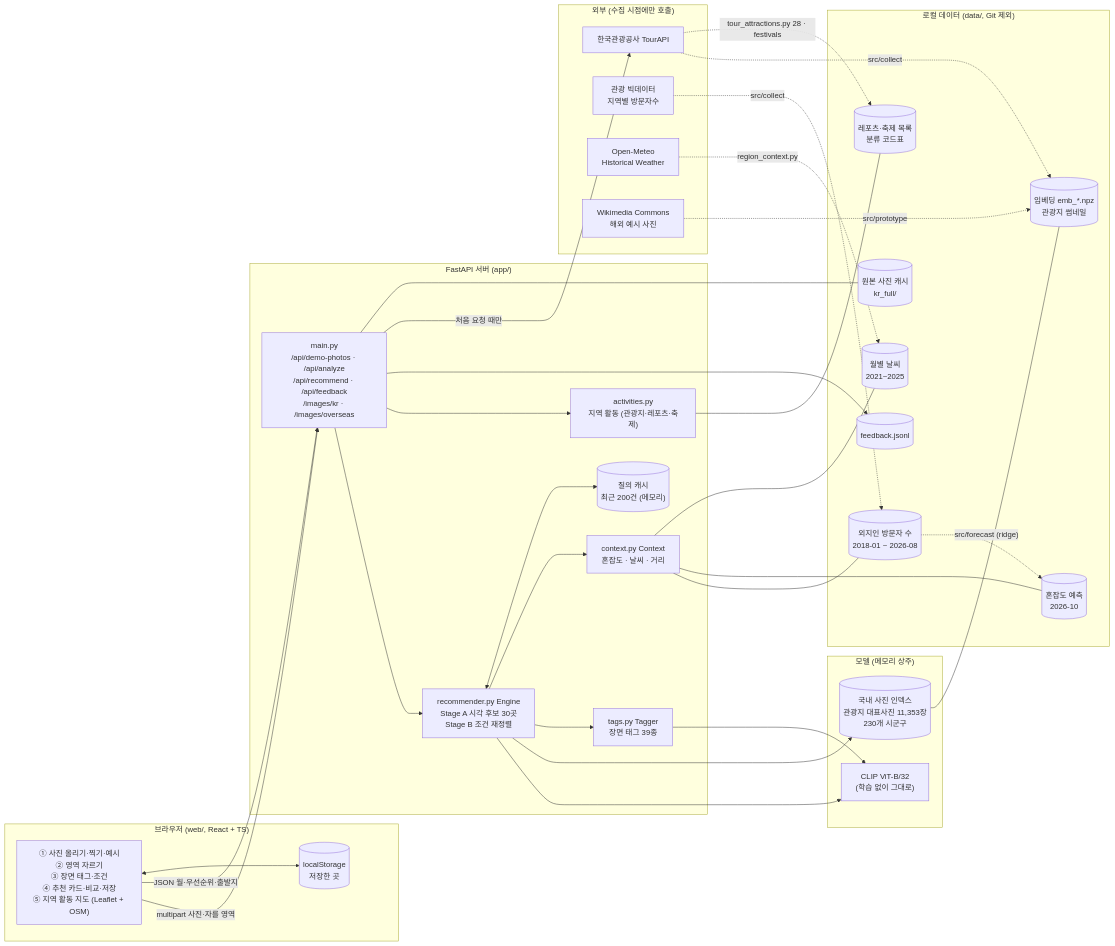
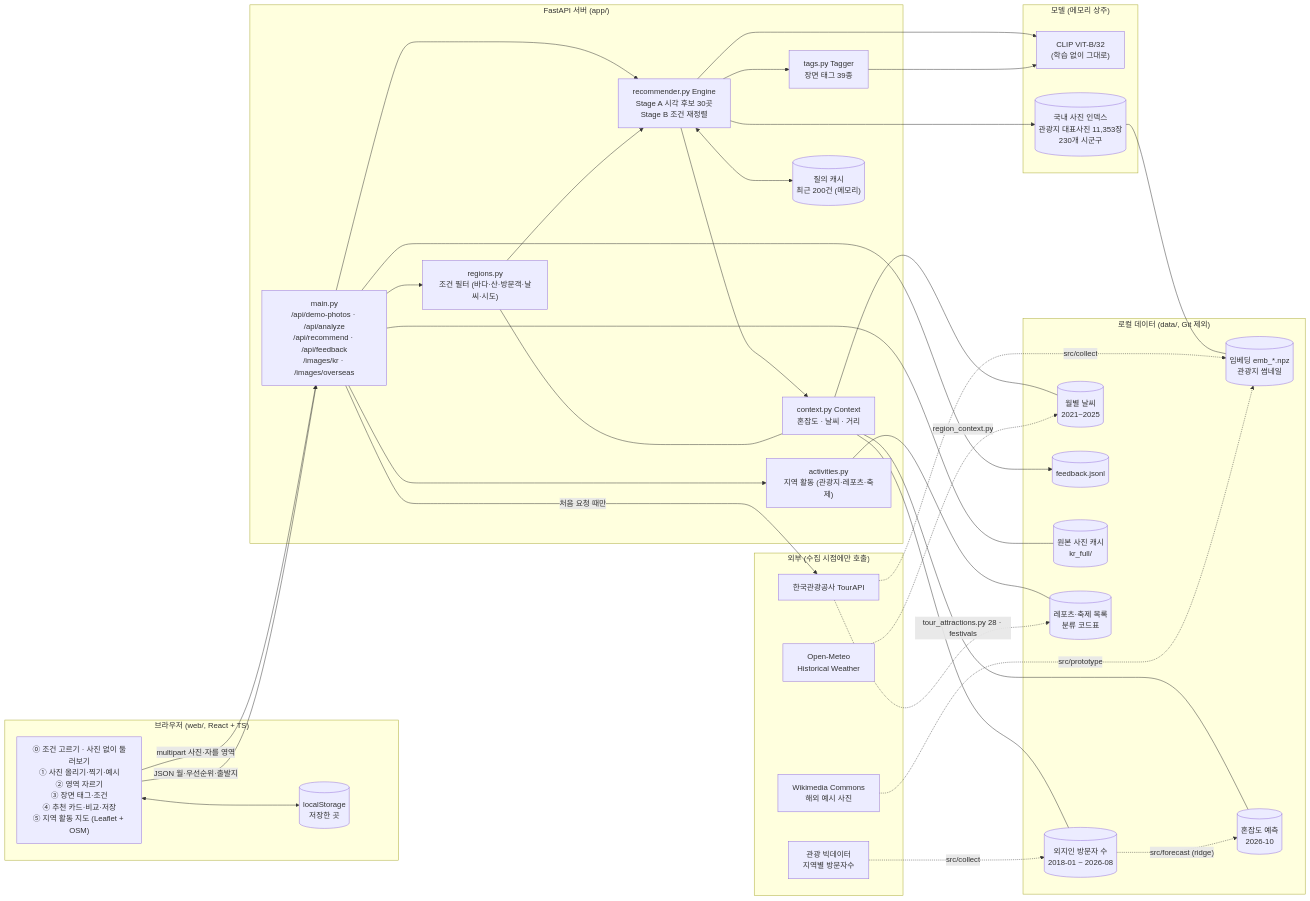
Before and after one commit to pihet/abroad-to-korea: the first of 2 diagrams in docs/ARCHITECTURE.md, drawn with Mermaid. The commit also changed other lines of this file and 14 other files, not shown here.

````diff
--- a/docs/ARCHITECTURE.md
+++ b/docs/ARCHITECTURE.md
@@ -8,65 +8,69 @@
 ```mermaid
 flowchart LR
   subgraph Browser["브라우저 (web/, React + TS)"]
-    UI["① 사진 올리기·찍기·예시\n② 영역 자르기\n③ 장면 태그·조건\n④ 추천 카드·비교·저장\n⑤ 지역 활동 지도 (Leaflet + OSM)"]
+    UI["⓪ 조건 고르기 · 사진 없이 둘러보기\n① 사진 올리기·찍기·예시\n② 영역 자르기\n③ 장면 태그·조건\n④ 추천 카드·비교·저장\n⑤ 지역 활동 지도 (Leaflet + OSM)"]
     LS[("localStorage\n저장한 곳")]
   end
 
   subgraph Server["FastAPI 서버 (app/)"]
     API["main.py\n/api/demo-photos · /api/analyze\n/api/recommend · /api/feedback\n/images/kr · /images/overseas"]
     ENG["recommender.py Engine\nStage A 시각 후보 30곳\nStage B 조건 재정렬"]
     TAG["tags.py Tagger\n장면 태그 39종"]
     CTX["context.py Context\n혼잡도 · 날씨 · 거리"]
     ACT["activities.py\n지역 활동 (관광지·레포츠·축제)"]
+    REG["regions.py\n조건 필터 (바다·산·방문객·날씨·시도)"]
     CACHE[("질의 캐시\n최근 200건 (메모리)")]
   end
 
   subgraph Model["모델 (메모리 상주)"]
     CLIP["CLIP ViT-B/32\n(학습 없이 그대로)"]
     IDX[("국내 사진 인덱스\n관광지 대표사진 11,353장\n230개 시군구")]
   end
 
   subgraph Files["로컬 데이터 (data/, Git 제외)"]
     EMB[("임베딩 emb_*.npz\n관광지 썸네일")]
     VIS[("외지인 방문자 수\n2018-01 ~ 2026-08")]
     FC[("혼잡도 예측\n2026-10")]
     WX[("월별 날씨\n2021~2025")]
     FB[("feedback.jsonl")]
     IMGC[("원본 사진 캐시\nkr_full/")]
     TL[("레포츠·축제 목록\n분류 코드표")]
   end
 
   subgraph External["외부 (수집 시점에만 호출)"]
     TOUR["한국관광공사 TourAPI"]
     DL["관광 빅데이터\n지역별 방문자수"]
     OM["Open-Meteo\nHistorical Weather"]
     WC["Wikimedia Commons\n해외 예시 사진"]
   end
 
   UI -- "multipart 사진·자를 영역" --> API
   UI -- "JSON 월·우선순위·출발지" --> API
   UI <--> LS
   API --> ENG
   ENG --> CLIP
   ENG --> IDX
   ENG --> TAG
   ENG --> CTX
   ENG <--> CACHE
   API --> ACT
+  API --> REG
+  REG --> ENG
+  REG --- CTX
   ACT --- TL
   TAG --> CLIP
   IDX --- EMB
   CTX --- VIS
   CTX --- FC
   CTX --- WX
   API --> FB
   API -- "처음 요청 때만" --> TOUR
   API --- IMGC
 
   TOUR -. "src/collect" .-> EMB
   TOUR -. "tour_attractions.py 28 · festivals" .-> TL
   DL -. "src/collect" .-> VIS
   VIS -. "src/forecast (ridge)" .-> FC
   OM -. "region_context.py" .-> WX
   WC -. "src/prototype" .-> EMB
 ```
````
